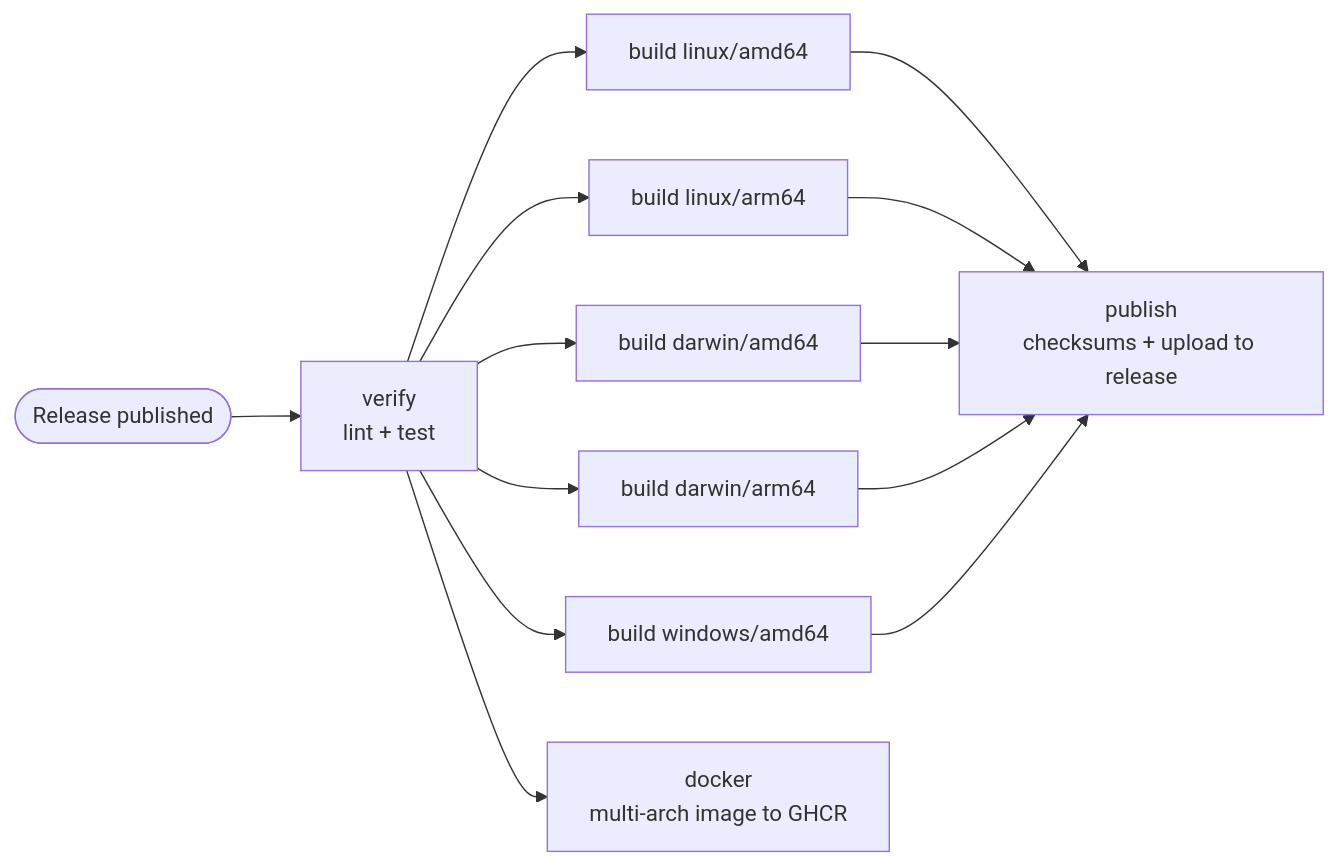
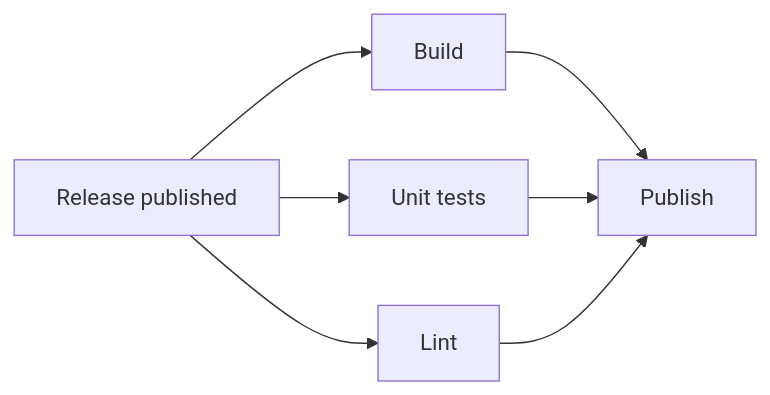
One commit to rr-saberov/ratelimiter changed the second of 2 diagrams in README.md. Above: the diagram before and after it, drawn with Mermaid. The commit also changed other lines of this file and 5 other files, not shown here.

````diff
--- a/README.md
+++ b/README.md
@@ -147,11 +69,9 @@
 ```mermaid
 flowchart LR
-    R([Release published]) --> V[verify<br/>lint + test]
-    V --> B1[build linux/amd64]
-    V --> B2[build linux/arm64]
-    V --> B3[build darwin/amd64]
-    V --> B4[build darwin/arm64]
-    V --> B5[build windows/amd64]
-    V --> D[docker<br/>multi-arch image to GHCR]
-    B1 & B2 & B3 & B4 & B5 --> P[publish<br/>checksums + upload to release]
+    R[Release published] --> B[Build]
+    R --> T[Unit tests]
+    R --> L[Lint]
+    B --> P[Publish]
+    T --> P
+    L --> P
 ```
````
